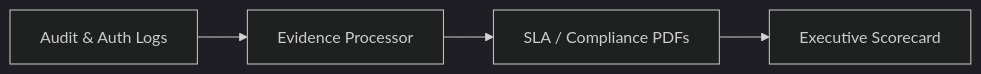
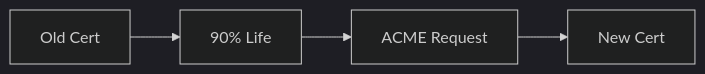
Diagram 17 of 30 in README.md (Devopstrio/identity-landingzone), drawn with Mermaid (dark theme) before and after one commit. The commit also changed other lines of this file, not shown here.

Commit message:
docs: expand README with 30+ architectural diagrams

````diff
--- a/README.md
+++ b/README.md
@@ -200,6 +147,6 @@
 ```mermaid
 graph LR
-    Logs[Audit & Auth Logs] --> ETL[Evidence Processor]
-    ETL --> Reports[SLA / Compliance PDFs]
-    Reports --> Dashboard[Executive Scorecard]
+    Cert[Old Cert] --> Expiry[90% Life]
+    Expiry --> ACME[ACME Request]
+    ACME --> NewCert[New Cert]
 ```
````
